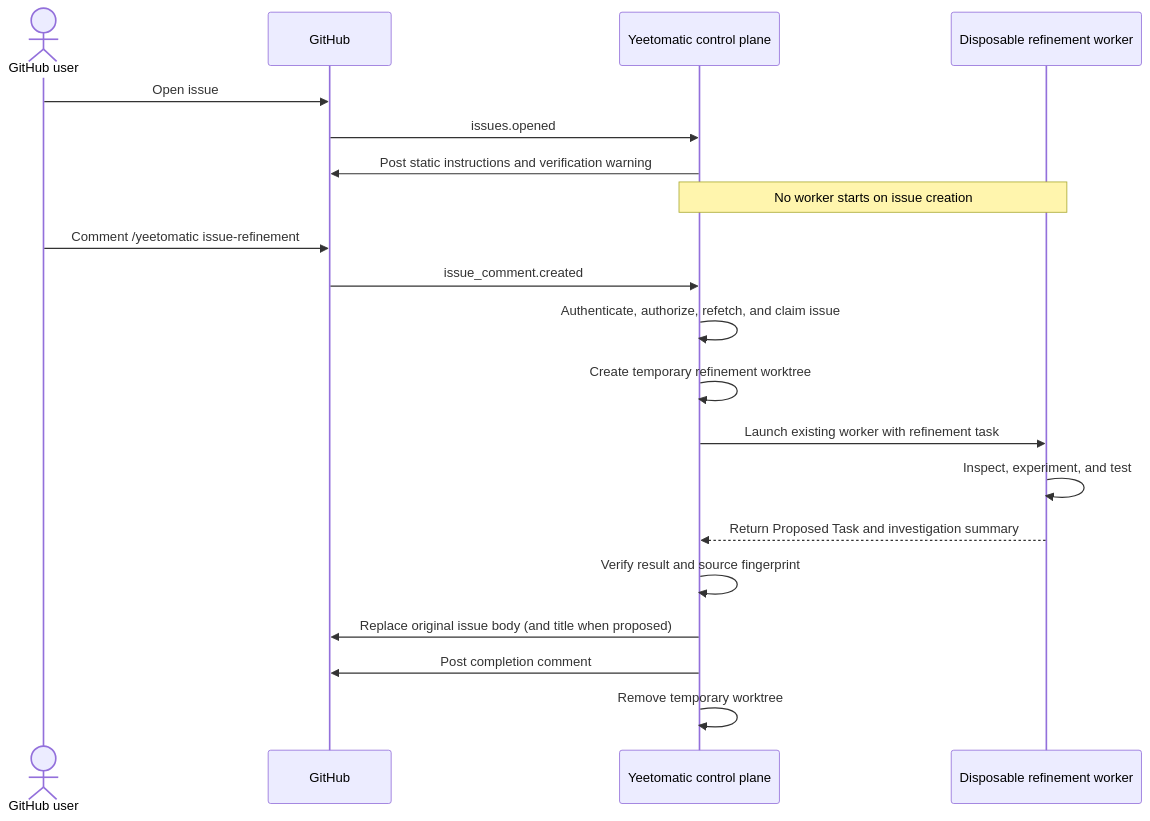
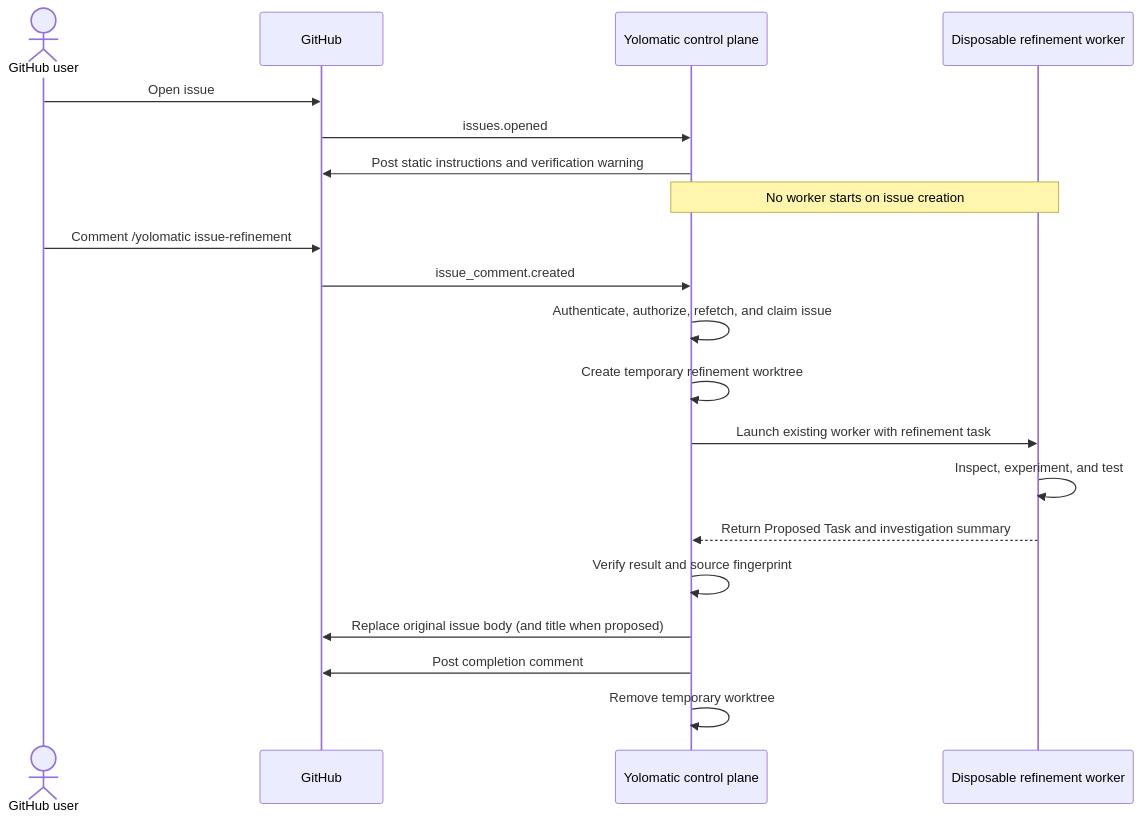
Before and after one commit to mbrooks/yolomatic: the diagram in design/issue-refinement.md, drawn with Mermaid. The commit also changed other lines of this file and 212 other files, not shown here.

````diff
--- a/design/issue-refinement.md
+++ b/design/issue-refinement.md
@@ -202,23 +202,23 @@
 ```mermaid
 sequenceDiagram
     actor User as GitHub user
     participant GH as GitHub
-    participant CP as Yeetomatic control plane
+    participant CP as Yolomatic control plane
     participant Worker as Disposable refinement worker
 
     User->>GH: Open issue
     GH->>CP: issues.opened
     CP->>GH: Post static instructions and verification warning
     Note over CP,Worker: No worker starts on issue creation
-    User->>GH: Comment /yeetomatic issue-refinement
+    User->>GH: Comment /yolomatic issue-refinement
     GH->>CP: issue_comment.created
     CP->>CP: Authenticate, authorize, refetch, and claim issue
     CP->>CP: Create temporary refinement worktree
     CP->>Worker: Launch existing worker with refinement task
     Worker->>Worker: Inspect, experiment, and test
     Worker-->>CP: Return Proposed Task and investigation summary
     CP->>CP: Verify result and source fingerprint
     CP->>GH: Replace original issue body (and title when proposed)
     CP->>GH: Post completion comment
     CP->>CP: Remove temporary worktree
 ```
````
